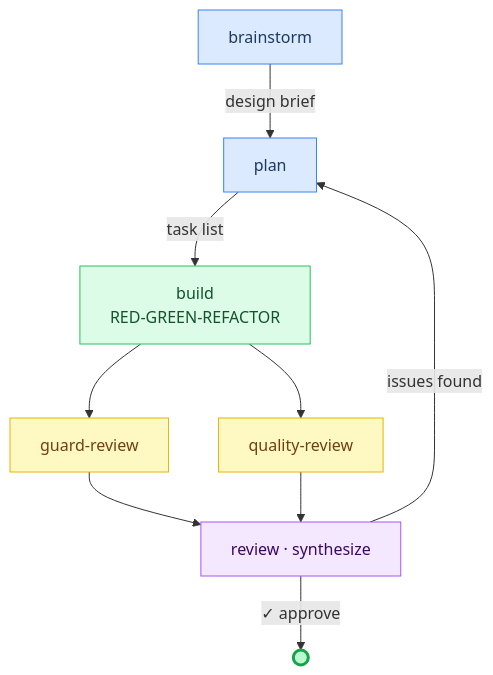
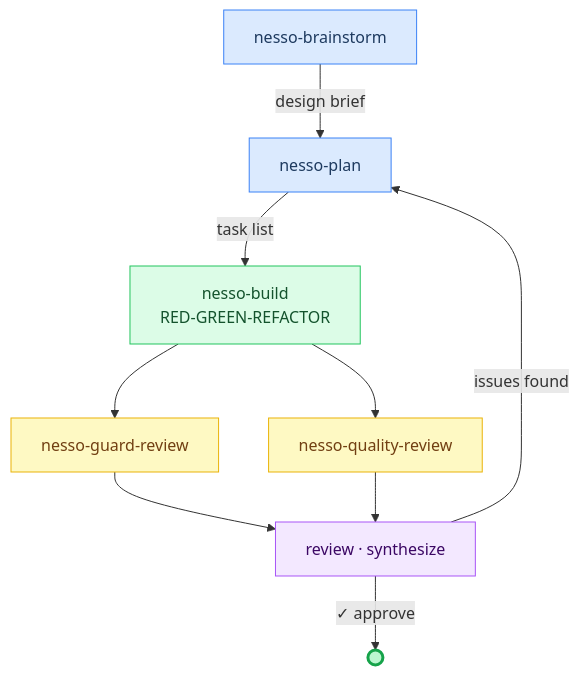
The diagram in README.md (nesso-how/nesso), drawn with Mermaid before and after one commit. The commit also changed other lines of this file and 12 other files, not shown here.

````diff
--- a/README.md
+++ b/README.md
@@ -90,17 +90,17 @@
 ```mermaid
 flowchart TD
-  B["brainstorm"]:::plan -->|"design brief"| P["plan"]:::plan
-  P -->|"task list"| T["build<br>RED-GREEN-REFACTOR"]:::exec
-  T --> GR["guard-review"]:::quality
-  T --> QR["quality-review"]:::quality
+  B["nesso-brainstorm"]:::plan -->|"design brief"| P["nesso-plan"]:::plan
+  P -->|"task list"| T["nesso-build<br>RED-GREEN-REFACTOR"]:::exec
+  T --> GR["nesso-guard-review"]:::quality
+  T --> QR["nesso-quality-review"]:::quality
   GR --> S["review · synthesize"]:::review
   QR --> S
   S -->|"✓ approve"| DONE((" ")):::done
   S -->|"issues found"| P
 
   classDef plan fill:#dbeafe,stroke:#3b82f6,color:#1e3a5f
   classDef exec fill:#dcfce7,stroke:#22c55e,color:#14532d
   classDef quality fill:#fef9c3,stroke:#eab308,color:#713f12
   classDef review fill:#f3e8ff,stroke:#a855f7,color:#3b0764
   classDef done fill:#bbf7d0,stroke:#16a34a,color:#14532d,stroke-width:3px
 ```
````
